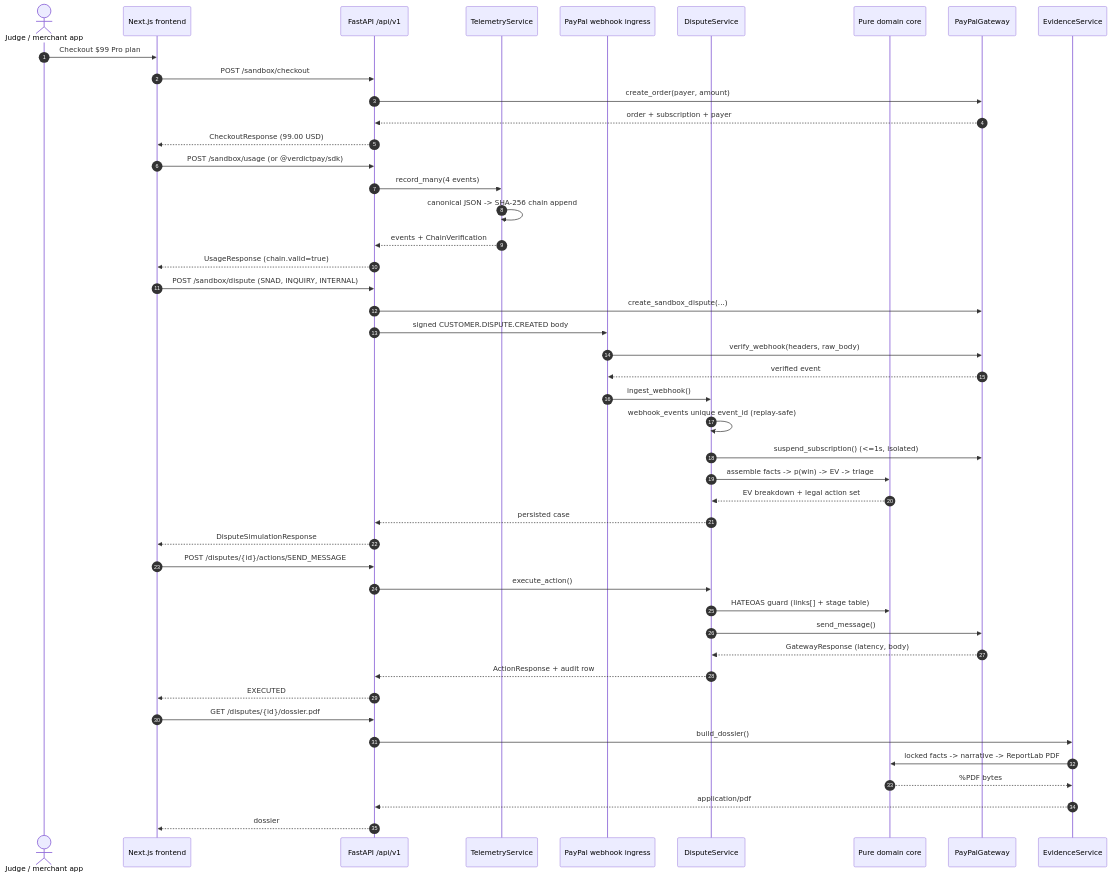
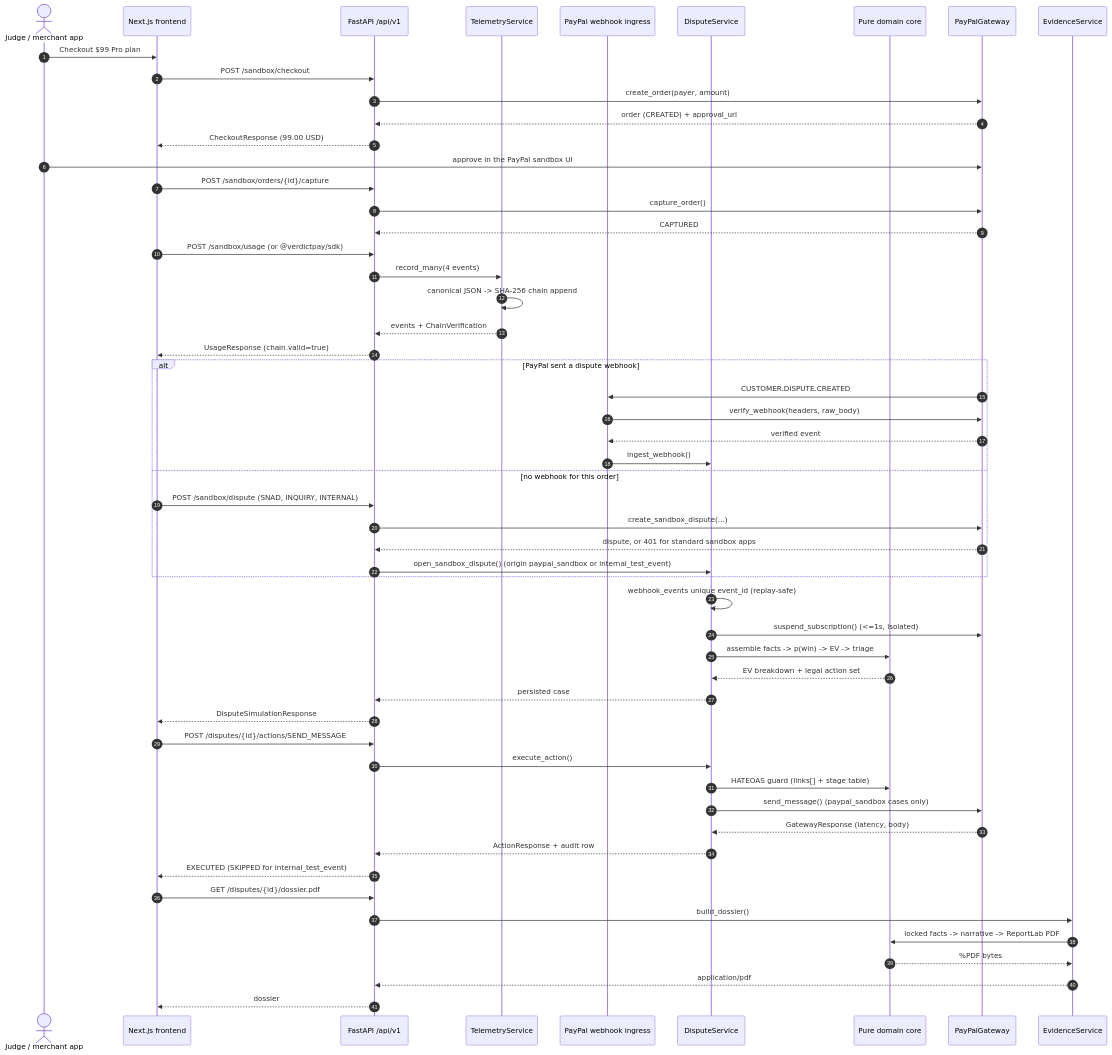
One commit to Divyanshu-kumar14/Verdict-Pay changed the first of 2 diagrams in docs/architecture.md. Above: the diagram before and after it, drawn with Mermaid. The commit also changed other lines of this file and 37 other files, not shown here.

First line of the commit message:
fix: restore a working judge flow on PayPal Sandbox

````diff
--- a/docs/architecture.md
+++ b/docs/architecture.md
@@ -46,53 +53,62 @@
 ```mermaid
 sequenceDiagram
     autonumber
     actor Judge as Judge / merchant app
     participant Web as Next.js frontend
     participant API as FastAPI /api/v1
     participant Ledger as TelemetryService
     participant Hook as PayPal webhook ingress
     participant Case as DisputeService
     participant Domain as Pure domain core
     participant PP as PayPalGateway
     participant Evidence as EvidenceService
 
     Judge->>Web: Checkout $99 Pro plan
     Web->>API: POST /sandbox/checkout
     API->>PP: create_order(payer, amount)
-    PP-->>API: order + subscription + payer
+    PP-->>API: order (CREATED) + approval_url
     API-->>Web: CheckoutResponse (99.00 USD)
+    Judge->>PP: approve in the PayPal sandbox UI
+    Web->>API: POST /sandbox/orders/{id}/capture
+    API->>PP: capture_order()
+    PP-->>API: CAPTURED
 
     Web->>API: POST /sandbox/usage (or @verdictpay/sdk)
     API->>Ledger: record_many(4 events)
     Ledger->>Ledger: canonical JSON -> SHA-256 chain append
     Ledger-->>API: events + ChainVerification
     API-->>Web: UsageResponse (chain.valid=true)
 
-    Web->>API: POST /sandbox/dispute (SNAD, INQUIRY, INTERNAL)
-    API->>PP: create_sandbox_dispute(...)
-    API->>Hook: signed CUSTOMER.DISPUTE.CREATED body
-    Hook->>PP: verify_webhook(headers, raw_body)
-    PP-->>Hook: verified event
-    Hook->>Case: ingest_webhook()
+    alt PayPal sent a dispute webhook
+        PP->>Hook: CUSTOMER.DISPUTE.CREATED
+        Hook->>PP: verify_webhook(headers, raw_body)
+        PP-->>Hook: verified event
+        Hook->>Case: ingest_webhook()
+    else no webhook for this order
+        Web->>API: POST /sandbox/dispute (SNAD, INQUIRY, INTERNAL)
+        API->>PP: create_sandbox_dispute(...)
+        PP-->>API: dispute, or 401 for standard sandbox apps
+        API->>Case: open_sandbox_dispute() (origin paypal_sandbox or internal_test_event)
+    end
     Case->>Case: webhook_events unique event_id (replay-safe)
     Case->>PP: suspend_subscription() (<=1s, isolated)
     Case->>Domain: assemble facts -> p(win) -> EV -> triage
     Domain-->>Case: EV breakdown + legal action set
     Case-->>API: persisted case
     API-->>Web: DisputeSimulationResponse
 
     Web->>API: POST /disputes/{id}/actions/SEND_MESSAGE
     API->>Case: execute_action()
     Case->>Domain: HATEOAS guard (links[] + stage table)
-    Case->>PP: send_message()
+    Case->>PP: send_message() (paypal_sandbox cases only)
     PP-->>Case: GatewayResponse (latency, body)
     Case-->>API: ActionResponse + audit row
-    API-->>Web: EXECUTED
+    API-->>Web: EXECUTED (SKIPPED for internal_test_event)
 
     Web->>API: GET /disputes/{id}/dossier.pdf
     API->>Evidence: build_dossier()
     Evidence->>Domain: locked facts -> narrative -> ReportLab PDF
     Domain-->>Evidence: %PDF bytes
     Evidence-->>API: application/pdf
     API-->>Web: dossier
 ```
````
